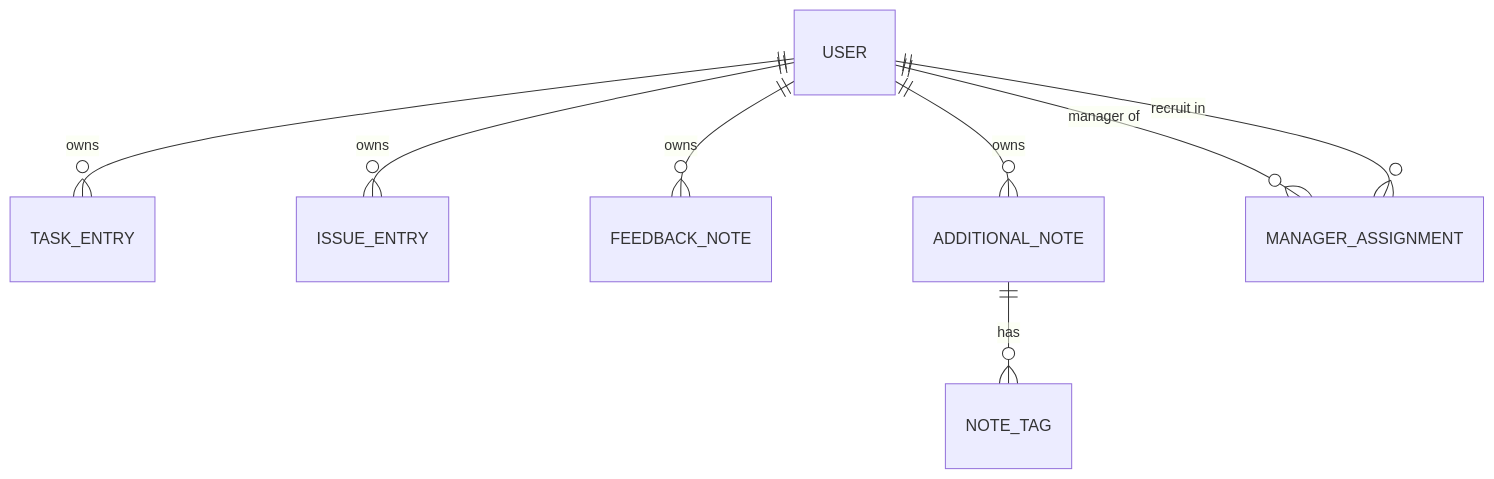
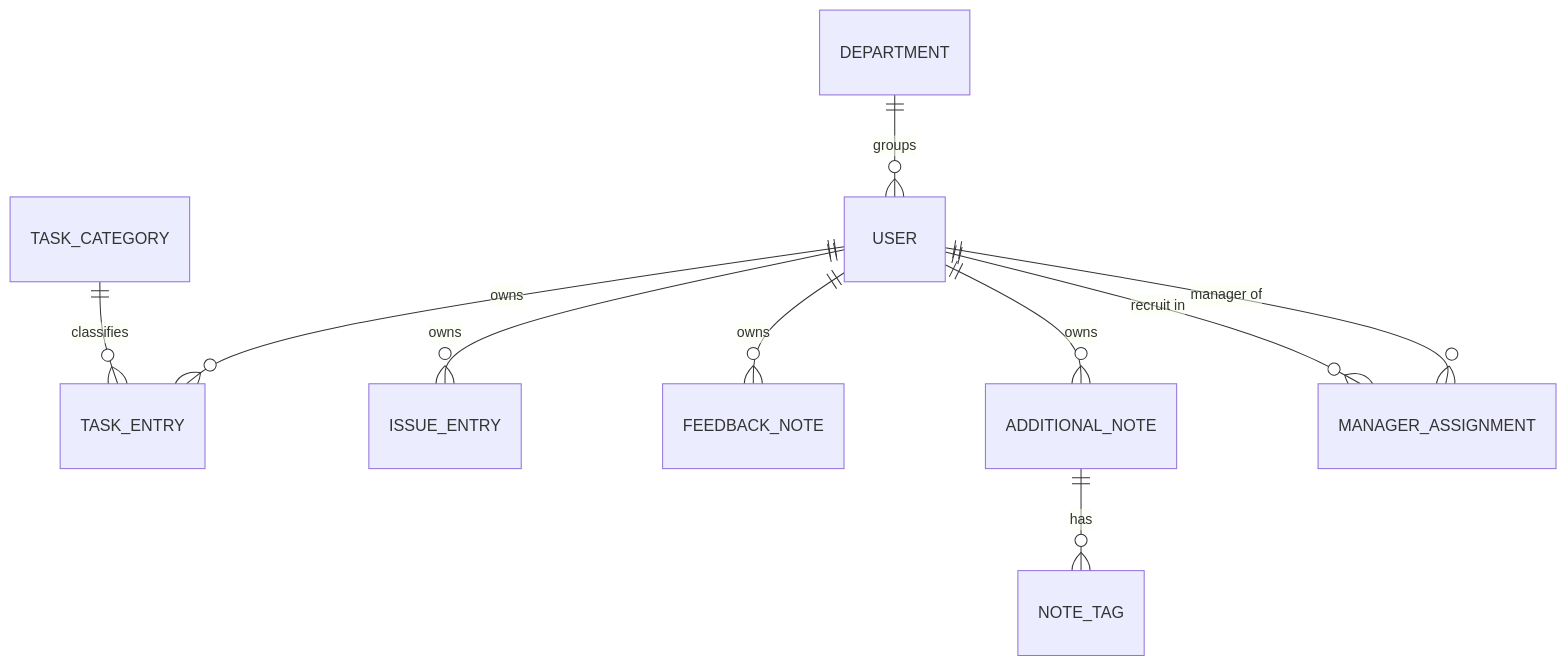
The first of 2 diagrams in REQUIREMENTS.md (codev-workshops/onboarding-diary), drawn with Mermaid before and after one commit. The commit also changed other lines of this file and 1 other file, not shown here.

````diff
--- a/REQUIREMENTS.md
+++ b/REQUIREMENTS.md
@@ -273,10 +315,12 @@
 ```mermaid
 erDiagram
     USER ||--o{ TASK_ENTRY : "owns"
     USER ||--o{ ISSUE_ENTRY : "owns"
     USER ||--o{ FEEDBACK_NOTE : "owns"
     USER ||--o{ ADDITIONAL_NOTE : "owns"
     ADDITIONAL_NOTE ||--o{ NOTE_TAG : "has"
+    TASK_CATEGORY ||--o{ TASK_ENTRY : "classifies"
+    DEPARTMENT ||--o{ USER : "groups"
     USER ||--o{ MANAGER_ASSIGNMENT : "manager of"
     USER ||--o{ MANAGER_ASSIGNMENT : "recruit in"
 ```
````
